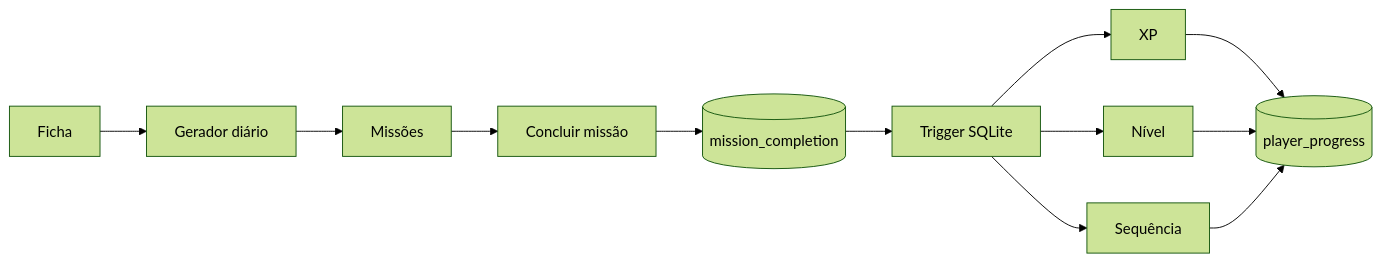
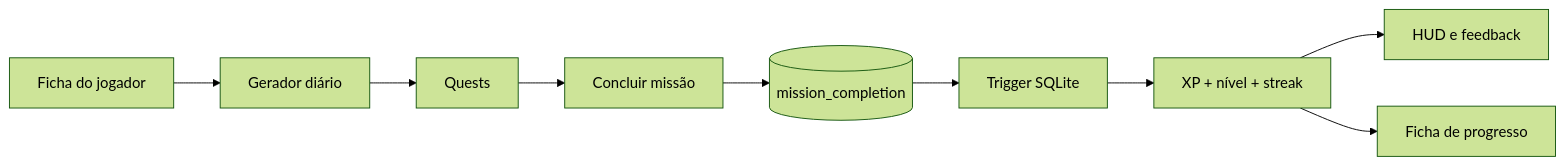
Before and after one commit to tombemol/I.C.A.R.O: the first of 2 diagrams in README.md, drawn with Mermaid (forest theme). The commit also changed other lines of this file, not shown here.

````diff
--- a/README.md
+++ b/README.md
@@ -28,14 +28,11 @@
 ```mermaid
 flowchart LR
-  A[Ficha] --> B[Gerador diário]
-  B --> C[Missões]
+  A[Ficha do jogador] --> B[Gerador diário]
+  B --> C[Quests]
   C --> D[Concluir missão]
   D --> E[(mission_completion)]
   E --> F[Trigger SQLite]
-  F --> G[XP]
-  F --> H[Nível]
-  F --> I[Sequência]
-  G --> J[(player_progress)]
-  H --> J
-  I --> J
+  F --> G[XP + nível + streak]
+  G --> H[HUD e feedback]
+  G --> I[Ficha de progresso]
 ```
````
